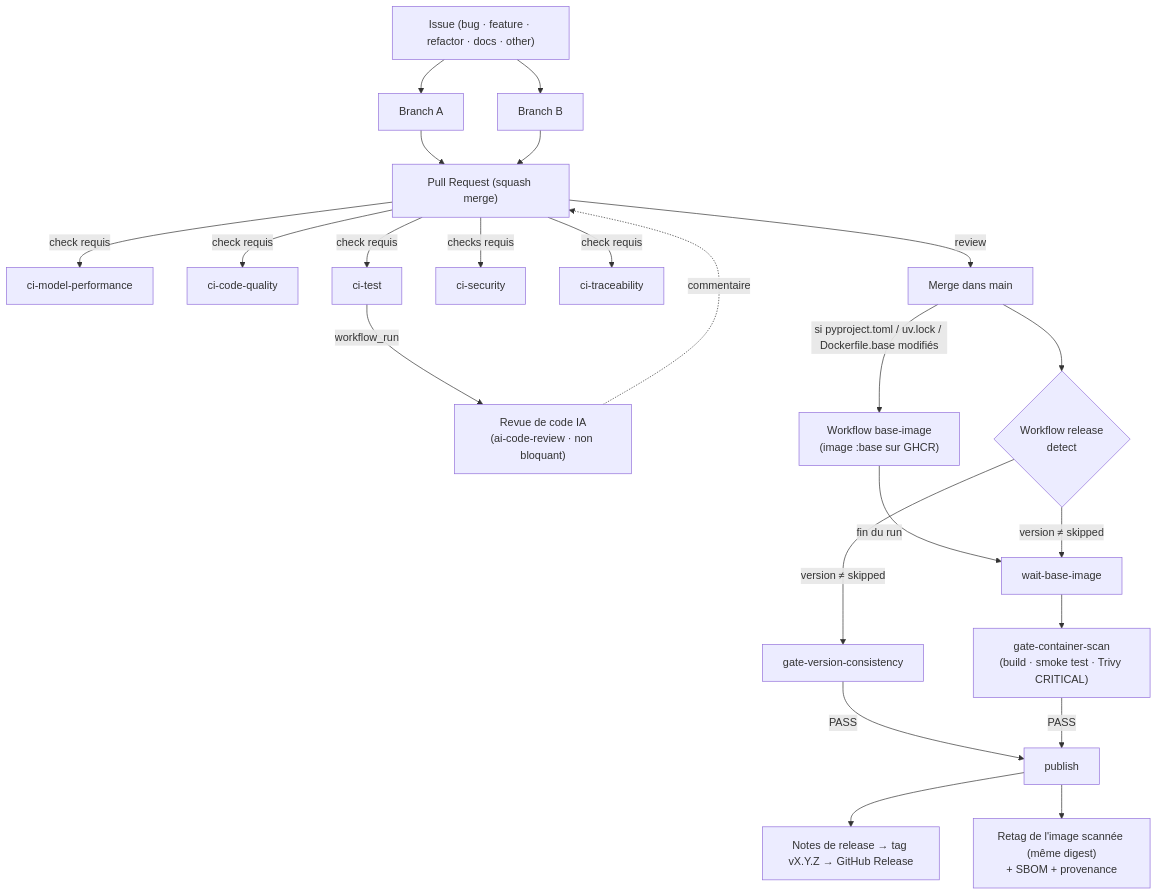
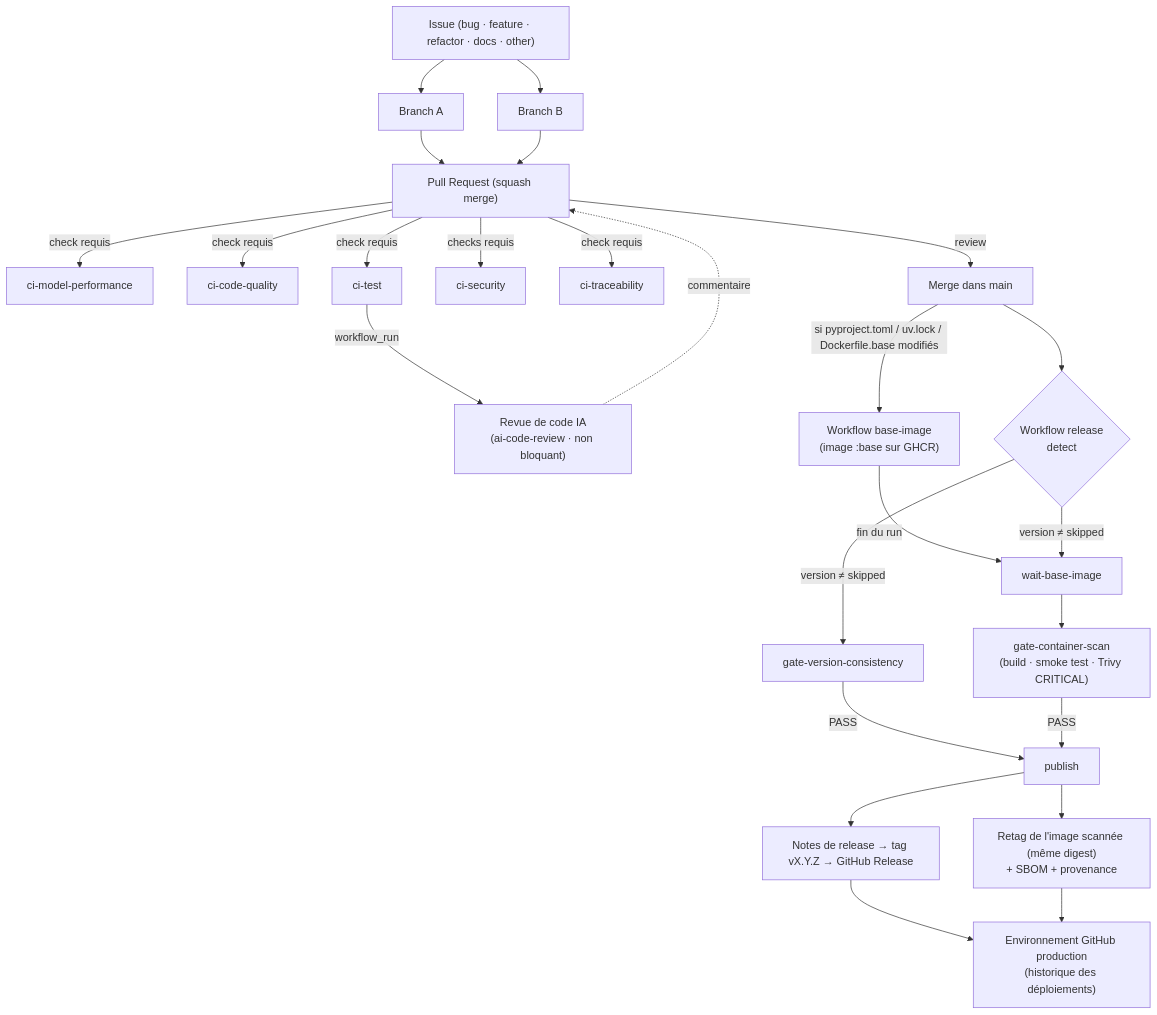
One commit to WillIsback/OC-P5_Deployez_un_modele_de_Machine_Learning changed the diagram in docs/ci-cd/README.md. Above: the diagram before and after it, drawn with Mermaid. The commit also changed other lines of this file and 13 other files, not shown here.

First line of the commit message:
feat(api): documentation OpenAPI, requirements.txt et environnement production (#71)

````diff
--- a/docs/ci-cd/README.md
+++ b/docs/ci-cd/README.md
@@ -17,25 +7,27 @@
 ```mermaid
 graph TD
     Issue["Issue (bug · feature · refactor · docs · other)"] --> BranchA["Branch A"]
     Issue --> BranchB["Branch B"]
     BranchA --> PR["Pull Request (squash merge)"]
     BranchB --> PR
     PR -->|check requis| CI5[ci-model-performance]
     PR -->|check requis| CI1[ci-code-quality]
     PR -->|check requis| CI2[ci-test]
     PR -->|checks requis| CI3[ci-security]
     PR -->|check requis| CI4[ci-traceability]
     CI2 -->|workflow_run| AI["Revue de code IA<br/>(ai-code-review · non bloquant)"]
     AI -.->|commentaire| PR
     PR -->|review| Merge["Merge dans main"]
     Merge -->|"si pyproject.toml / uv.lock / Dockerfile.base modifiés"| Base["Workflow base-image<br/>(image :base sur GHCR)"]
     Merge --> Detect{"Workflow release<br/>detect"}
     Base -->|"fin du run"| Wait["wait-base-image"]
     Detect -->|"version ≠ skipped"| G1["gate-version-consistency"]
     Detect -->|"version ≠ skipped"| Wait
     Wait --> G2["gate-container-scan<br/>(build · smoke test · Trivy CRITICAL)"]
     G1 -->|PASS| Publish["publish"]
     G2 -->|PASS| Publish
     Publish --> Release["Notes de release → tag vX.Y.Z → GitHub Release"]
     Publish --> Docker["Retag de l'image scannée (même digest)<br/>+ SBOM + provenance"]
+    Release --> Prod["Environnement GitHub production<br/>(historique des déploiements)"]
+    Docker --> Prod
 ```
````
